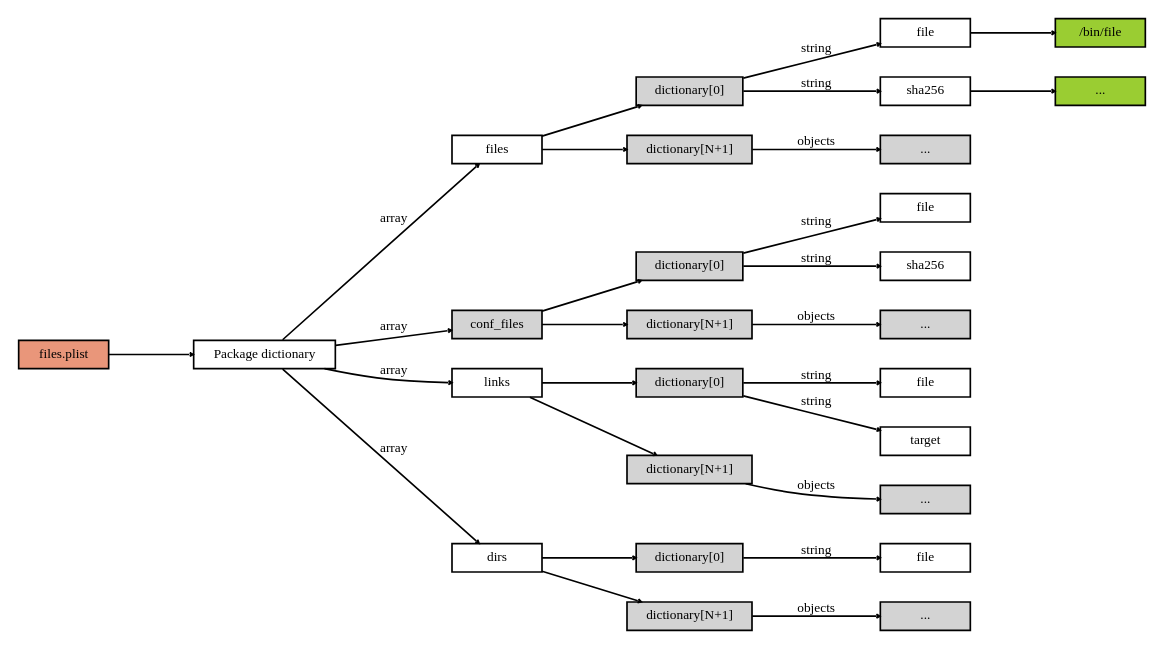
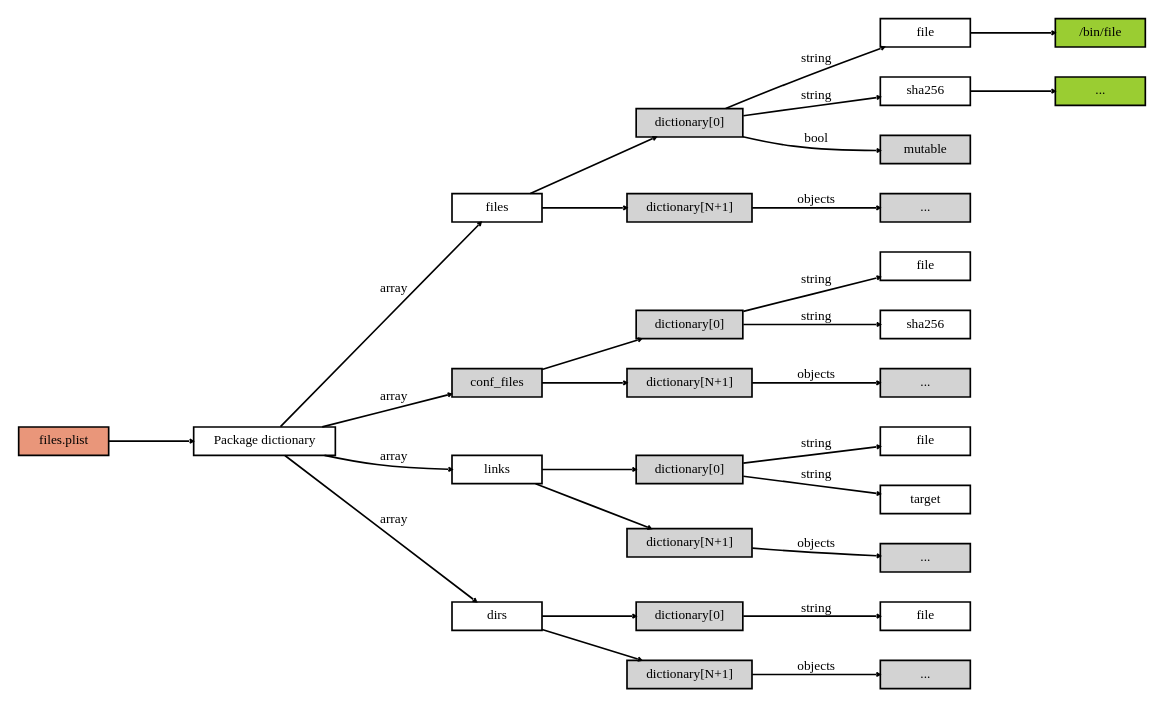
Before and after one commit to void-linux/xbps: the diagram in doc/xbps_pkg_files_dictionary.dot, drawn with Graphviz.

Commit message:
xbps_pkg_files_dictionary.dot: add mutable boolean object.

```diff
--- a/doc/xbps_pkg_files_dictionary.dot
+++ b/doc/xbps_pkg_files_dictionary.dot
@@ -1,55 +1,57 @@
 digraph pkg_files_dictionary {
 	graph [rankdir=LR,ranksep="0.7"];
 	edge [arrowhead="vee",arrowsize="0.2",fontname="DejaVuSansCondensed",fontsize="8"];
 	node [height=".1",shape=box,fontname="DejaVuSansCondensed",fontsize="8"];
 	files_plist -> main;
 	files_plist [style=filled,fillcolor=darksalmon,label="files.plist"];
 	main [label="Package dictionary"];
 	main -> files [label=array];
 	files -> files_dict;
 	files -> files_dict1;
 	files_dict [style=filled,label="dictionary[0]"];
 	files_dict1 [style=filled,label="dictionary[N+1]"];
 	files_dict -> file [label=string];
 	files_dict -> file_sha256 [label=string];
+	files_dict -> file_mutable [label=bool];
 	file -> file_value;
 	file_value [style=filled,fillcolor="yellowgreen",label="/bin/file"];
 	file_sha256 [label=sha256];
 	file_sha256 -> sha256_value;
+	file_mutable [style=filled,label=mutable];
 	sha256_value [style=filled,fillcolor="yellowgreen",label="..."];
 	files_dict1 -> files_dict1_objs [style=filled,label="objects"];
 	files_dict1_objs [style=filled,label="..."];
 	main -> conf_files [label=array];
 	conf_files [style=filled];
 	conf_files -> conf_files_dict;
 	conf_files -> conf_files_dict1;
 	conf_files_dict [style=filled,label="dictionary[0]"];
 	conf_files_dict1 [style=filled,label="dictionary[N+1]"];
 	conf_files_dict -> cf_file [label=string];
 	conf_files_dict -> cf_sha256 [label=string];
 	conf_files_dict1 -> conf_files_dict1_objs [style=filled,label="objects"];
 	conf_files_dict1_objs [style=filled,label="..."];
 	cf_file [label=file];
 	cf_sha256 [label=sha256];
 	conf_files_dict [style=filled];
 	main -> links [label=array];
 	links -> links_dict;
 	links -> links_dict1;
 	links_dict [style=filled,label="dictionary[0]"];
 	links_dict1 [style=filled,label="dictionary[N+1]"];
 	links_dict -> link_file [label=string];
 	links_dict -> link_target [label=string];
 	link_file [label=file];
 	link_target [label=target];
 	links_dict1 -> links_dict1_objs [style=filled,label="objects"];
 	links_dict1_objs [style=filled,label="..."];
 	main -> dirs [label=array];
 	dirs -> dirs_dict;
 	dirs -> dirs_dict1;
 	dirs_dict [style=filled,label="dictionary[0]"];
 	dirs_dict1 [style=filled,label="dictionary[N+1]"];
 	dirs_dict -> dirs_file [label=string];
 	dirs_file [label=file];
 	dirs_dict1 -> dirs_dict1_objs [style=filled,label="objects"];
 	dirs_dict1_objs [style=filled,label="..."];
 }
```
